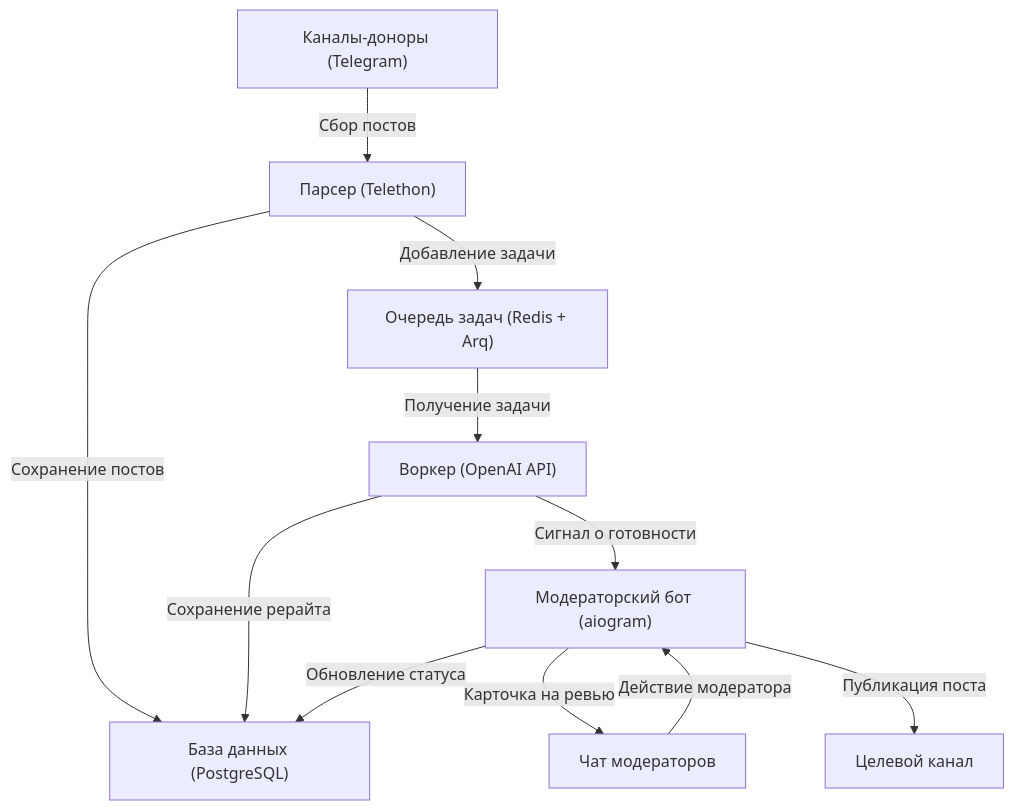
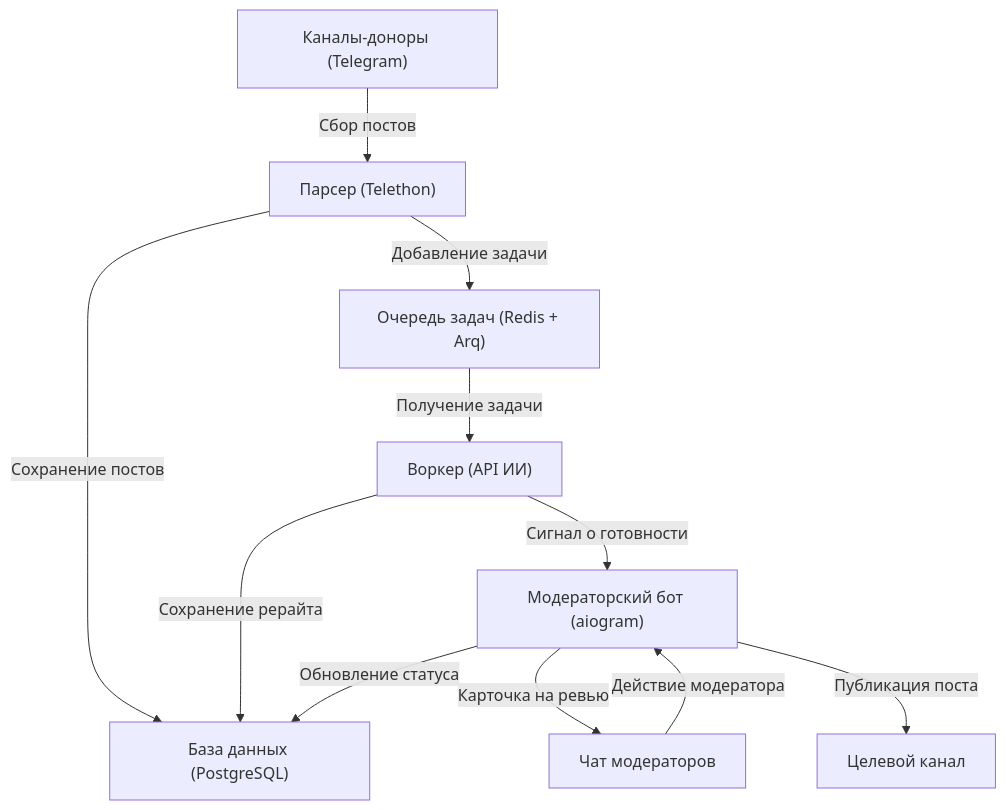
One commit to ivanchik-byte/Telegram-Channel-Admin changed the diagram in README.md. Above: the diagram before and after it, drawn with Mermaid.

Commit message:
docs: generalize worker API label in Mermaid diagram

````diff
--- a/README.md
+++ b/README.md
@@ -26,13 +26,13 @@
 ```mermaid
 flowchart TD
     Donors["Каналы-доноры (Telegram)"] -->|Сбор постов| Parser["Парсер (Telethon)"]
     Parser -->|Сохранение постов| DB["База данных (PostgreSQL)"]
     Parser -->|Добавление задачи| Queue["Очередь задач (Redis + Arq)"]
-    Queue -->|Получение задачи| Worker["Воркер (OpenAI API)"]
+    Queue -->|Получение задачи| Worker["Воркер (API ИИ)"]
     Worker -->|Сохранение рерайта| DB
     Worker -->|Сигнал о готовности| Bot["Модераторский бот (aiogram)"]
     Bot -->|Карточка на ревью| ModGroup["Чат модераторов"]
     ModGroup -->|Действие модератора| Bot
     Bot -->|Обновление статуса| DB
     Bot -->|Публикация поста| TargetChannel["Целевой канал"]
 ```
````
